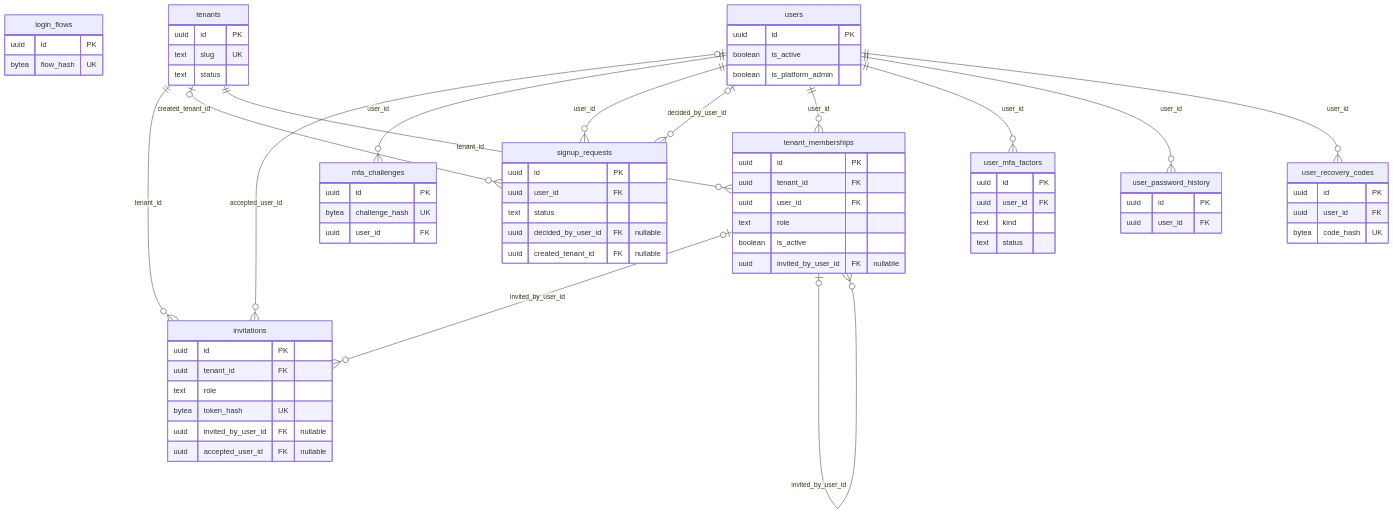
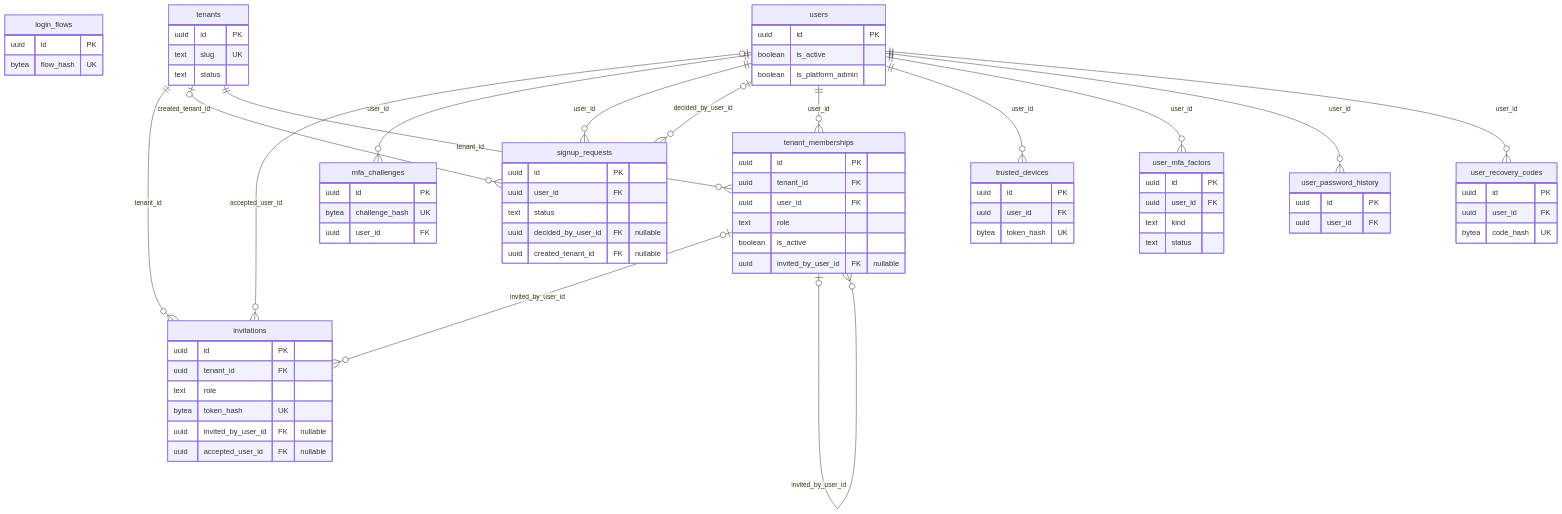
The sixth of 17 diagrams in docs/handover/DATABASE.md (maniacultasset/ai-marketplace-os), drawn with Mermaid before and after one commit. The commit also changed other lines of this file and 69 other files, not shown here.

````diff
--- a/docs/handover/DATABASE.md
+++ b/docs/handover/DATABASE.md
@@ -490,73 +490,79 @@
 ```mermaid
 erDiagram
     invitations {
         uuid id PK
         uuid tenant_id FK
         text role
         bytea token_hash UK
         uuid invited_by_user_id FK "nullable"
         uuid accepted_user_id FK "nullable"
     }
     login_flows {
         uuid id PK
         bytea flow_hash UK
     }
     mfa_challenges {
         uuid id PK
         bytea challenge_hash UK
         uuid user_id FK
     }
     signup_requests {
         uuid id PK
         uuid user_id FK
         text status
         uuid decided_by_user_id FK "nullable"
         uuid created_tenant_id FK "nullable"
     }
     tenant_memberships {
         uuid id PK
         uuid tenant_id FK
         uuid user_id FK
         text role
         boolean is_active
         uuid invited_by_user_id FK "nullable"
     }
     tenants {
         uuid id PK
         text slug UK
         text status
     }
+    trusted_devices {
+        uuid id PK
+        uuid user_id FK
+        bytea token_hash UK
+    }
     user_mfa_factors {
         uuid id PK
         uuid user_id FK
         text kind
         text status
     }
     user_password_history {
         uuid id PK
         uuid user_id FK
     }
     user_recovery_codes {
         uuid id PK
         uuid user_id FK
         bytea code_hash UK
     }
     users {
         uuid id PK
         boolean is_active
         boolean is_platform_admin
     }
     tenant_memberships |o--o{ invitations : "invited_by_user_id"
     tenant_memberships |o--o{ tenant_memberships : "invited_by_user_id"
     tenants ||--o{ invitations : "tenant_id"
     tenants |o--o{ signup_requests : "created_tenant_id"
     tenants ||--o{ tenant_memberships : "tenant_id"
     users |o--o{ invitations : "accepted_user_id"
     users ||--o{ mfa_challenges : "user_id"
     users ||--o{ signup_requests : "user_id"
     users |o--o{ signup_requests : "decided_by_user_id"
     users ||--o{ tenant_memberships : "user_id"
+    users ||--o{ trusted_devices : "user_id"
     users ||--o{ user_mfa_factors : "user_id"
     users ||--o{ user_password_history : "user_id"
     users ||--o{ user_recovery_codes : "user_id"
 ```
````
